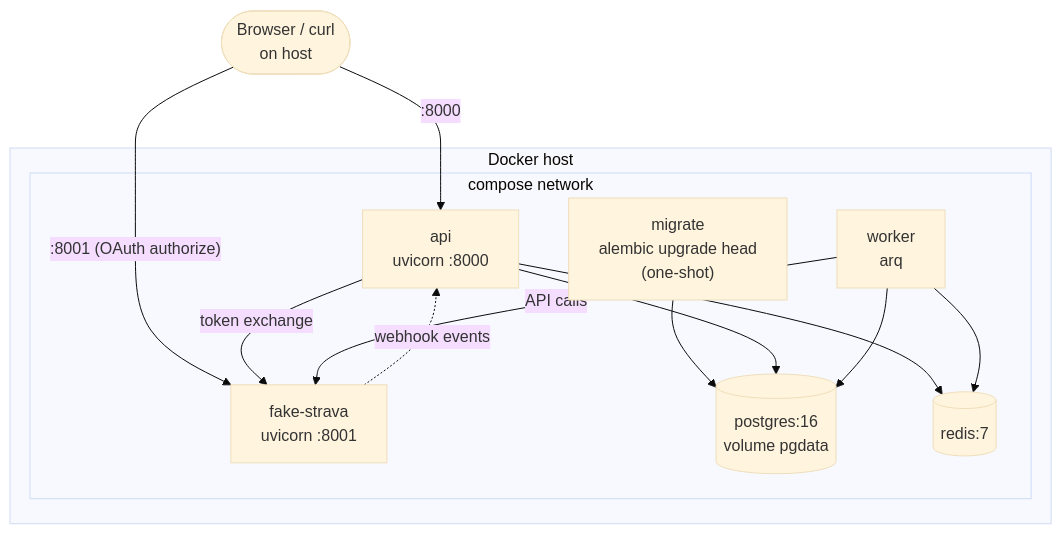
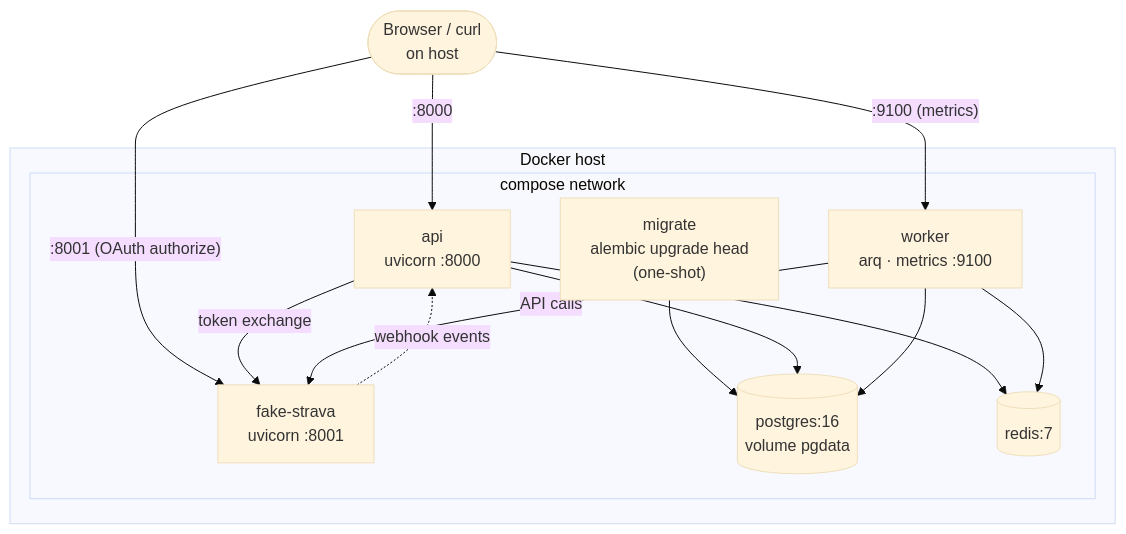
Before and after one commit to umutaydins/trainsync: the second of 14 diagrams in docs/diagrams.md, drawn with Mermaid (base theme). The commit also changed other lines of this file and 2 other files, not shown here.

Commit message:
final readme, regenerated class diagram, phase 4 evidence

````diff
--- a/docs/diagrams.md
+++ b/docs/diagrams.md
@@ -76,26 +79,27 @@
 ```mermaid
 flowchart TB
     browser(["Browser / curl<br/>on host"])
 
     subgraph host["Docker host"]
         subgraph net["compose network"]
             api["api<br/>uvicorn :8000"]
-            worker["worker<br/>arq"]
+            worker["worker<br/>arq · metrics :9100"]
             migrate["migrate<br/>alembic upgrade head<br/>(one-shot)"]
             fake["fake-strava<br/>uvicorn :8001"]
             pg[("postgres:16<br/>volume pgdata")]
             rd[("redis:7")]
         end
     end
 
     browser -- ":8000" --> api
+    browser -- ":9100 (metrics)" --> worker
     browser -- ":8001 (OAuth authorize)" --> fake
     migrate --> pg
     api --> pg
     api --> rd
     worker --> pg
     worker --> rd
     api -- "token exchange" --> fake
     worker -- "API calls" --> fake
     fake -. "webhook events" .-> api
 ```
````
